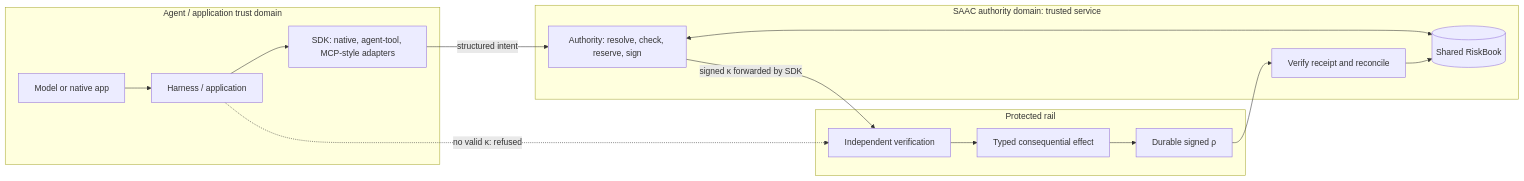
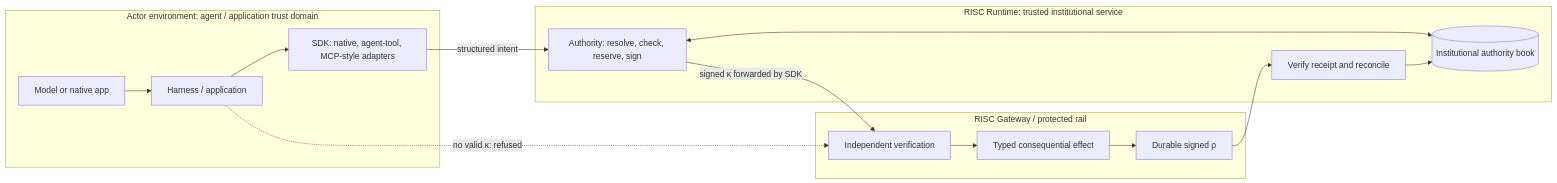
Before and after one commit to ianbyerdev/govern-the-rail: the first of 3 diagrams in docs/ARCHITECTURE.md, drawn with Mermaid. The commit also changed other lines of this file and 40 other files, not shown here.

````diff
--- a/docs/ARCHITECTURE.md
+++ b/docs/ARCHITECTURE.md
@@ -13,19 +13,19 @@
 ```mermaid
 flowchart LR
-  subgraph Actor[Agent / application trust domain]
+  subgraph Actor[Actor environment: agent / application trust domain]
     M[Model or native app] --> H[Harness / application]
     H --> SDK[SDK: native, agent-tool, MCP-style adapters]
   end
   SDK -->|structured intent| A
-  subgraph Authority[SAAC authority domain: trusted service]
-    A[Authority: resolve, check, reserve, sign] <--> B[(Shared RiskBook)]
+  subgraph Authority[RISC Runtime: trusted institutional service]
+    A[Authority: resolve, check, reserve, sign] <--> B[(Institutional authority book)]
     R[Verify receipt and reconcile] --> B
   end
   A -->|signed κ forwarded by SDK| E
-  subgraph Rail[Protected rail]
+  subgraph Rail[RISC Gateway / protected rail]
     E[Independent verification] --> F[Typed consequential effect]
     F --> P[Durable signed ρ]
   end
   P --> R
   H -. no valid κ: refused .-> E
 ```
````
